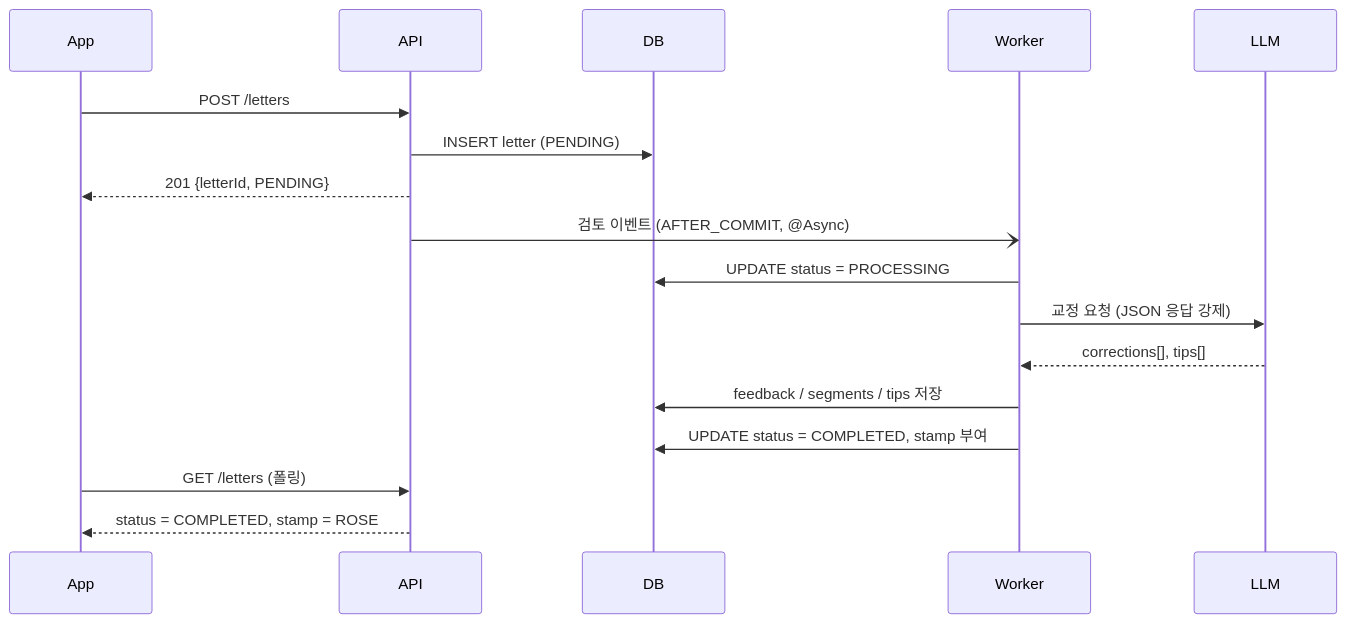
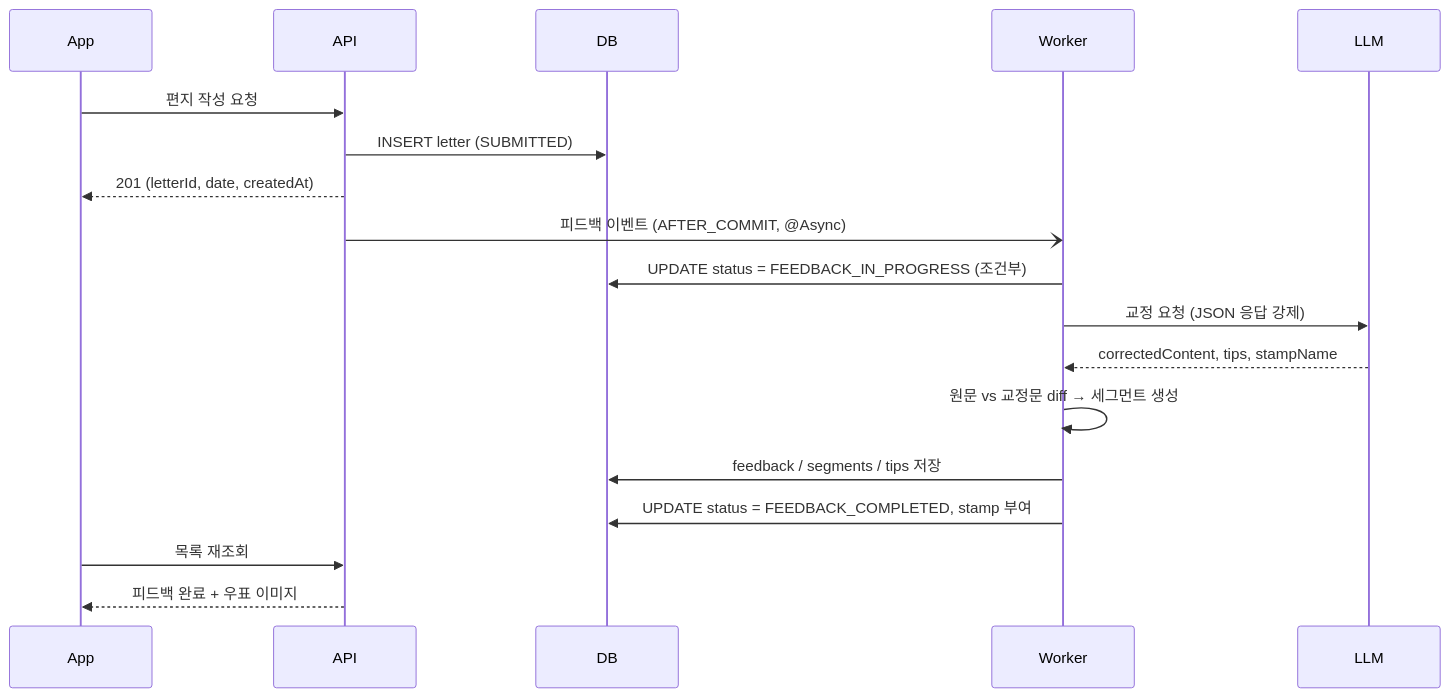
One commit to Dear-Jolly/Jolly_Server changed the third of 3 diagrams in docs/기능명세.md. Above: the diagram before and after it, drawn with Mermaid. The commit also changed other lines of this file and 2 other files, not shown here.

````diff
--- a/docs/기능명세.md
+++ b/docs/기능명세.md
@@ -641,20 +381,21 @@
 ```mermaid
 sequenceDiagram
     participant App
     participant API
     participant DB
     participant Worker
     participant LLM
 
-    App->>API: POST /letters
-    API->>DB: INSERT letter (PENDING)
-    API-->>App: 201 {letterId, PENDING}
-    API-)Worker: 검토 이벤트 (AFTER_COMMIT, @Async)
-    Worker->>DB: UPDATE status = PROCESSING
+    App->>API: 편지 작성 요청
+    API->>DB: INSERT letter (SUBMITTED)
+    API-->>App: 201 (letterId, date, createdAt)
+    API-)Worker: 피드백 이벤트 (AFTER_COMMIT, @Async)
+    Worker->>DB: UPDATE status = FEEDBACK_IN_PROGRESS (조건부)
     Worker->>LLM: 교정 요청 (JSON 응답 강제)
-    LLM-->>Worker: corrections[], tips[]
+    LLM-->>Worker: correctedContent, tips, stampName
+    Worker->>Worker: 원문 vs 교정문 diff → 세그먼트 생성
     Worker->>DB: feedback / segments / tips 저장
-    Worker->>DB: UPDATE status = COMPLETED, stamp 부여
-    App->>API: GET /letters (폴링)
-    API-->>App: status = COMPLETED, stamp = ROSE
+    Worker->>DB: UPDATE status = FEEDBACK_COMPLETED, stamp 부여
+    App->>API: 목록 재조회
+    API-->>App: 피드백 완료 + 우표 이미지
 ```
````
